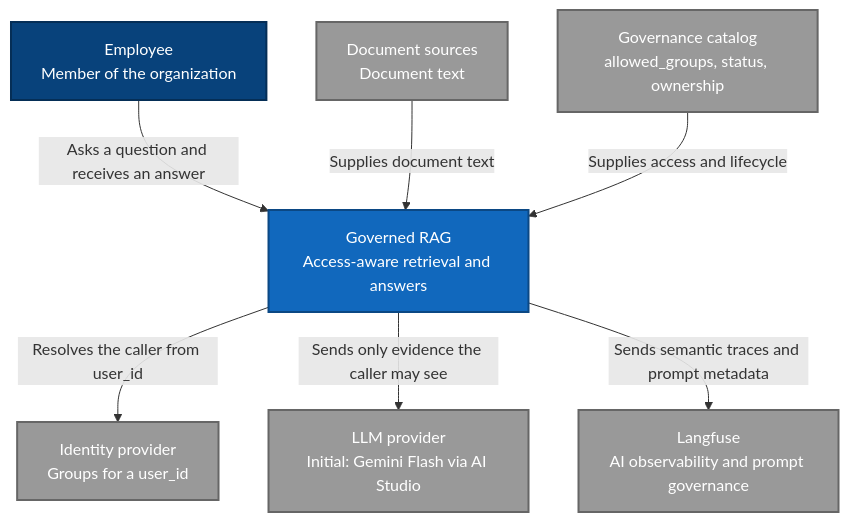
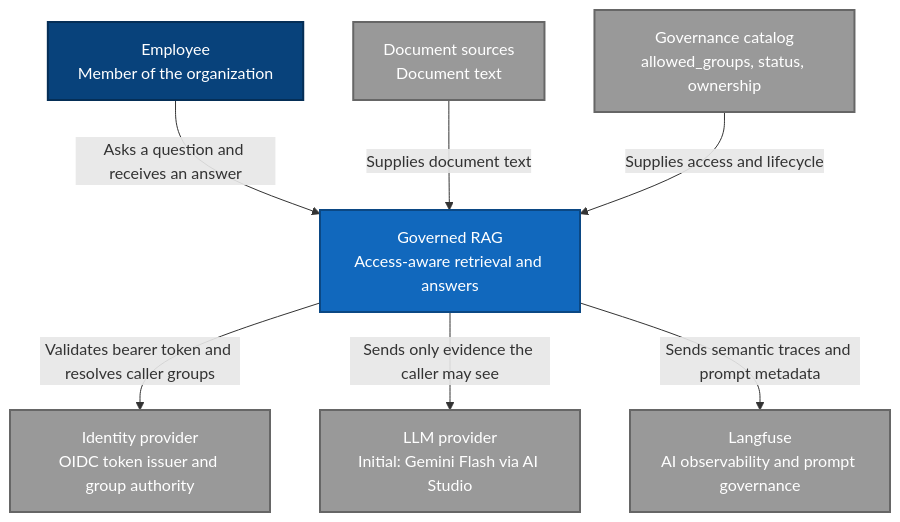
Before and after one commit to hugolomar/rag-architecture-guide: the diagram in docs/diagrams/01-system-context.md, drawn with Mermaid. The commit also changed other lines of this file and 29 other files, not shown here.

````diff
--- a/docs/diagrams/01-system-context.md
+++ b/docs/diagrams/01-system-context.md
@@ -7,26 +7,26 @@
 ```mermaid
 graph TD
   Employee["Employee<br/>Member of the organization"]
   RAG["Governed RAG<br/>Access-aware retrieval and answers"]
 
-  IdP["Identity provider<br/>Groups for a user_id"]
+  IdP["Identity provider<br/>OIDC token issuer and group authority"]
   Docs["Document sources<br/>Document text"]
   Catalog["Governance catalog<br/>allowed_groups, status, ownership"]
   LLM["LLM provider<br/>Initial: Gemini Flash via AI Studio"]
   LF["Langfuse<br/>AI observability and prompt governance"]
 
   Employee -- "Asks a question and receives an answer" --> RAG
-  RAG -- "Resolves the caller from user_id" --> IdP
+  RAG -- "Validates bearer token and resolves caller groups" --> IdP
   Docs -- "Supplies document text" --> RAG
   Catalog -- "Supplies access and lifecycle" --> RAG
   RAG -- "Sends only evidence the caller may see" --> LLM
   RAG -- "Sends semantic traces and prompt metadata" --> LF
 
   style RAG fill:#1168bd,stroke:#0b4884,color:#ffffff,stroke-width:2px
   style Employee fill:#08427b,stroke:#052e56,color:#ffffff,stroke-width:2px
   style IdP fill:#999999,stroke:#666666,color:#ffffff,stroke-width:2px
   style Docs fill:#999999,stroke:#666666,color:#ffffff,stroke-width:2px
   style Catalog fill:#999999,stroke:#666666,color:#ffffff,stroke-width:2px
   style LLM fill:#999999,stroke:#666666,color:#ffffff,stroke-width:2px
   style LF fill:#999999,stroke:#666666,color:#ffffff,stroke-width:2px
 ```
````
